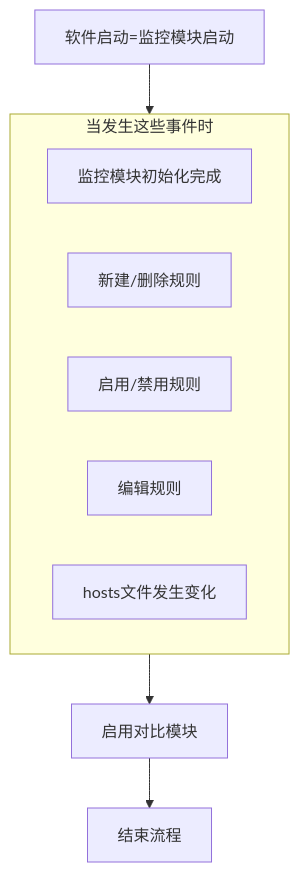
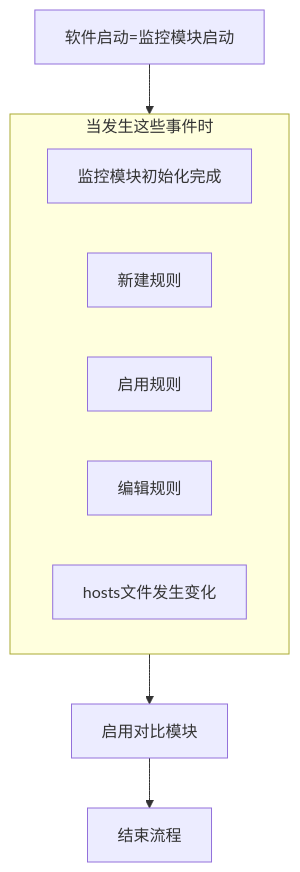
One commit to alelinshy/Hosts-Monitor changed the first of 3 diagrams in 技术文档.md. Above: the diagram before and after it, drawn with Mermaid. The commit also changed 15 other files, not shown here.

````diff
--- a/技术文档.md
+++ b/技术文档.md
@@ -39,17 +39,17 @@
 ```mermaid
 ---
 config:
   layout: dagre
 ---
 flowchart TD
  subgraph s1["当发生这些事件时"]
         n22["监控模块初始化完成"]
-        n23["新建/删除规则"]
-        n24["启用/禁用规则"]
+        n23["新建规则"]
+        n24["启用规则"]
         n25["编辑规则"]
         n26["hosts文件发生变化"]
   end
     s1 --> n27["启用对比模块"]
     n27 --> n28["结束流程"]
     n16["软件启动=监控模块启动"] --> s1
 ```
````
